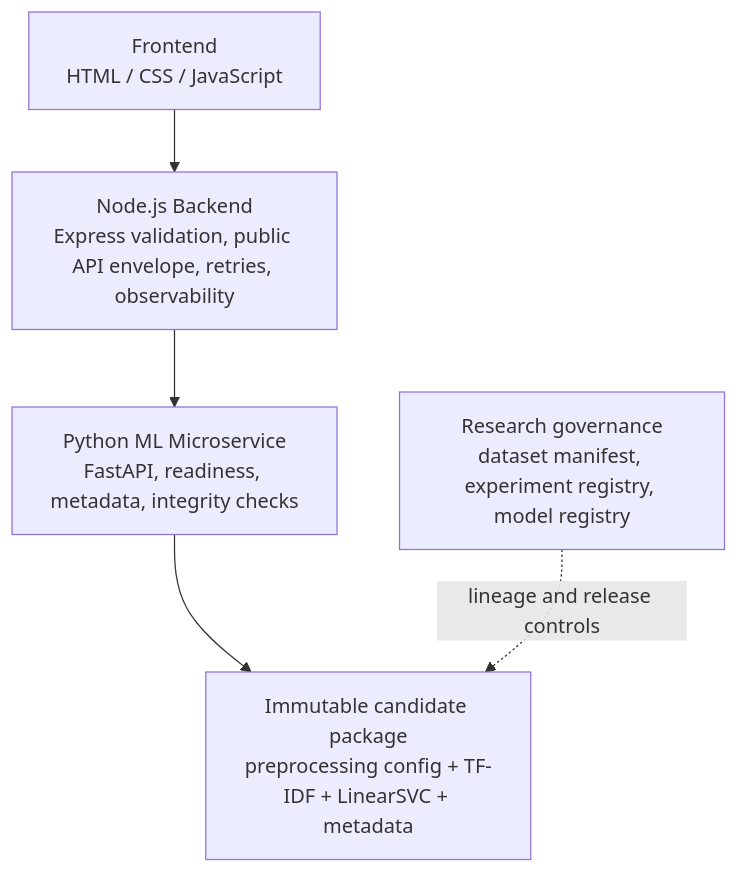
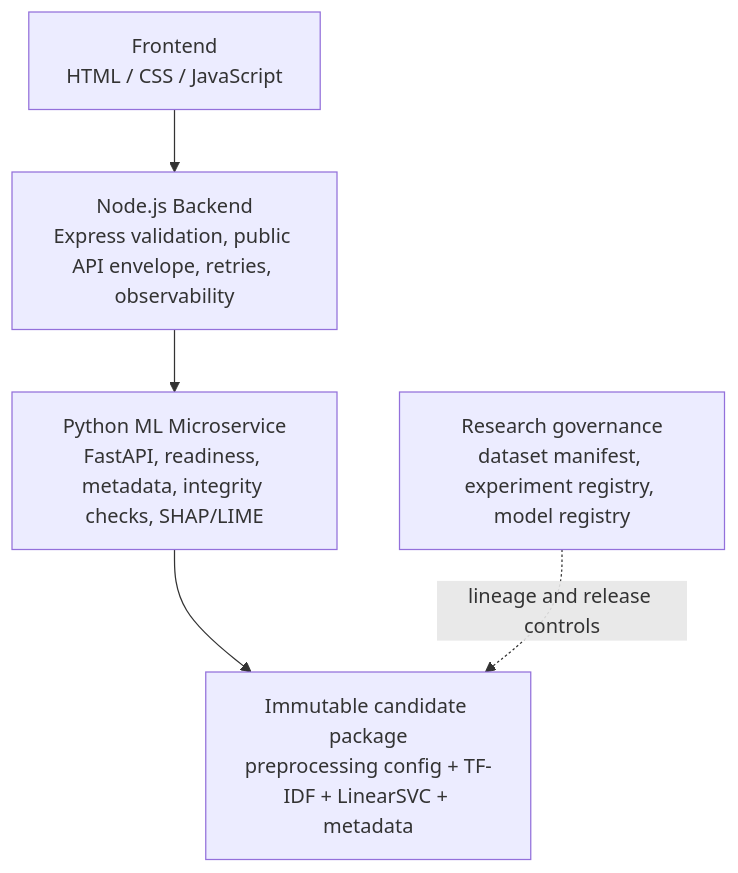
One commit to prashantbhattarainp/TruthLens-AI changed the diagram in docs/architecture/SYSTEM_ARCHITECTURE_FINAL.md. Above: the diagram before and after it, drawn with Mermaid. The commit also changed other lines of this file and 24 other files, not shown here.

````diff
--- a/docs/architecture/SYSTEM_ARCHITECTURE_FINAL.md
+++ b/docs/architecture/SYSTEM_ARCHITECTURE_FINAL.md
@@ -5,10 +5,10 @@
 ```mermaid
 flowchart TB
   UI["Frontend\nHTML / CSS / JavaScript"]
   API["Node.js Backend\nExpress validation, public API envelope, retries, observability"]
-  MLS["Python ML Microservice\nFastAPI, readiness, metadata, integrity checks"]
+  MLS["Python ML Microservice\nFastAPI, readiness, metadata, integrity checks, SHAP/LIME"]
   PKG["Immutable candidate package\npreprocessing config + TF-IDF + LinearSVC + metadata"]
   GOV["Research governance\ndataset manifest, experiment registry, model registry"]
   UI --> API --> MLS --> PKG
   GOV -. "lineage and release controls" .-> PKG
 ```
````
